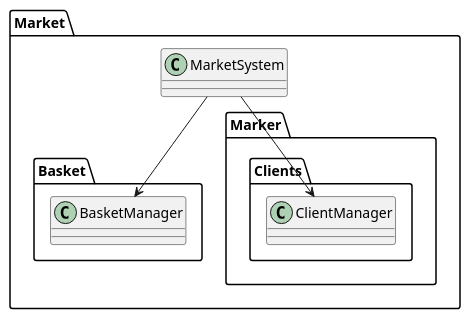
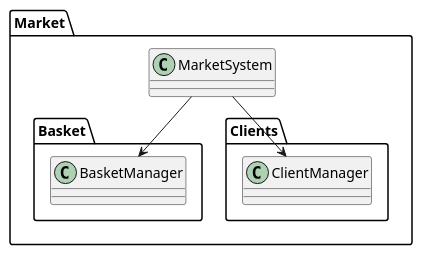
The diagram in Documentation/Anatomy of a System.puml (GiovanniZambiasi/gameplay-framework-unity), drawn with PlantUML before and after one commit. The commit also changed 2 other files, not shown here.

Commit message:
Implement register/unregister system tests. Update diagram with typo

```diff
--- a/Documentation/Anatomy of a System.puml
+++ b/Documentation/Anatomy of a System.puml
@@ -1,21 +1,21 @@
 @startuml
 'https://plantuml.com/class-diagram
 
 package Market
 {
 class MarketSystem
 
 package Market.Basket
 {
 class BasketManager
 }
-package Marker.Clients
+package Market.Clients
 {
 class ClientManager
 }
 
 MarketSystem -down-> BasketManager 
 MarketSystem -down-> ClientManager
 }
 
 @enduml
```
